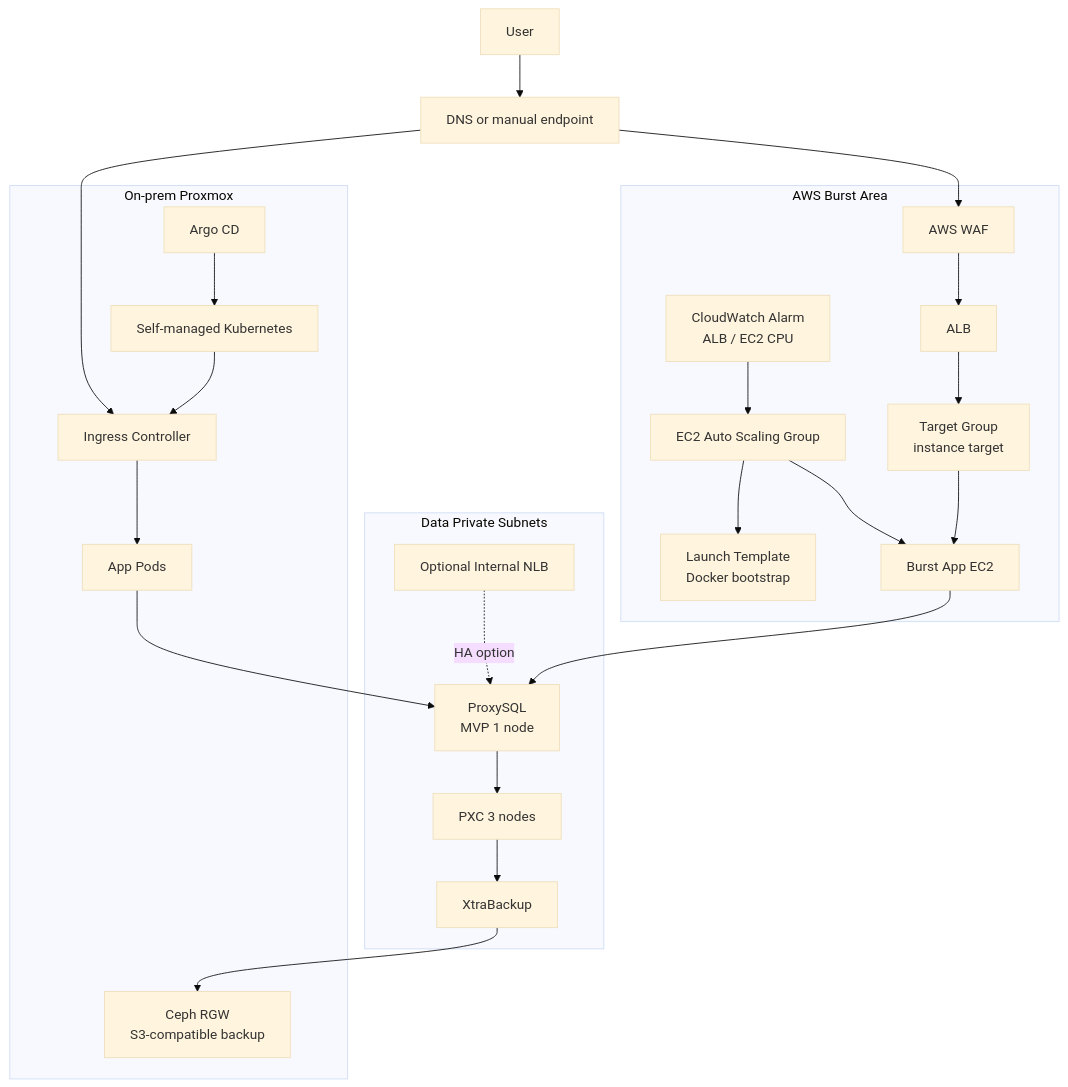
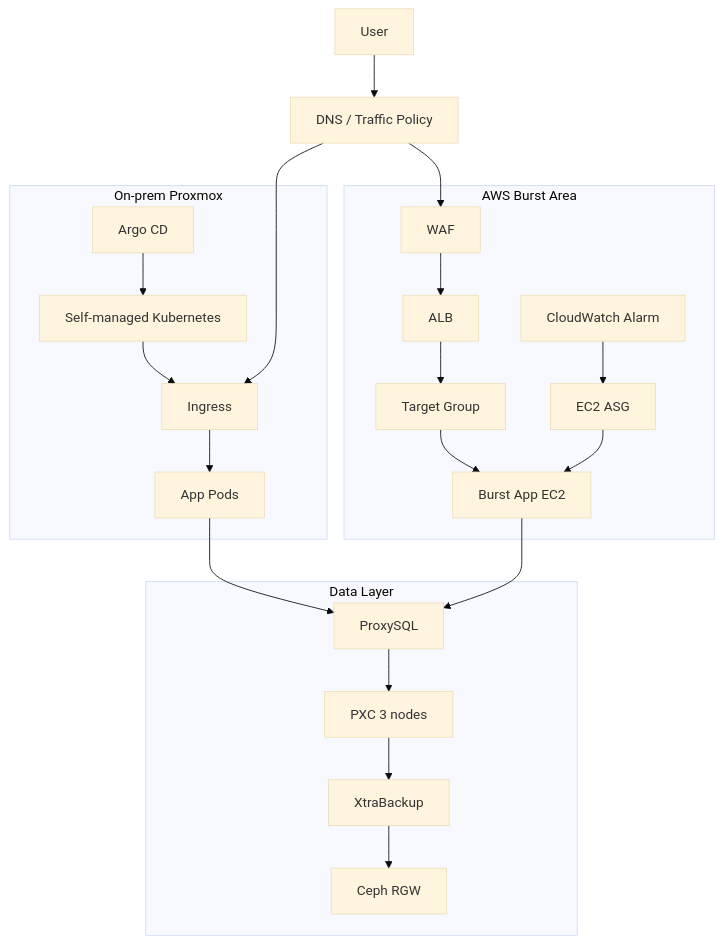
Before and after one commit to KosaCloudTeam2/infra-platform: the diagram in docs/01_architecture.md, drawn with Mermaid (base theme). The commit also changed other lines of this file and 20 other files, not shown here.

````diff
--- a/docs/01_architecture.md
+++ b/docs/01_architecture.md
@@ -137,47 +30,27 @@
 ```mermaid
 flowchart TD
-    User["User"] --> Traffic["DNS or manual endpoint"]
+    User["User"] --> Traffic["DNS / Traffic Policy"]
 
     subgraph OnPrem["On-prem Proxmox"]
         K8s["Self-managed Kubernetes"]
-        Ingress["Ingress Controller"]
+        Ingress["Ingress"]
         AppPod["App Pods"]
         Argo["Argo CD"]
-        CephRGW["Ceph RGW<br/>S3-compatible backup"]
-        Argo --> K8s
-        K8s --> Ingress
-        Ingress --> AppPod
+        Argo --> K8s --> Ingress --> AppPod
     end
 
     subgraph AWS["AWS Burst Area"]
-        WAF["AWS WAF"]
-        ALB["ALB"]
-        TG["Target Group<br/>instance target"]
-        LT["Launch Template<br/>Docker bootstrap"]
-        ASG["EC2 Auto Scaling Group"]
-        BurstEC2["Burst App EC2"]
-        CW["CloudWatch Alarm<br/>ALB / EC2 CPU"]
-        WAF --> ALB
-        ALB --> TG
-        TG --> BurstEC2
-        ASG --> LT
-        ASG --> BurstEC2
-        CW --> ASG
+        WAF["WAF"] --> ALB["ALB"] --> TG["Target Group"] --> BurstEC2["Burst App EC2"]
+        CW["CloudWatch Alarm"] --> ASG["EC2 ASG"] --> BurstEC2
     end
 
-    subgraph Data["Data Private Subnets"]
-        ProxySQL["ProxySQL<br/>MVP 1 node"]
-        ProxyNLB["Optional Internal NLB"]
-        PXC["PXC 3 nodes"]
-        Backup["XtraBackup"]
-        ProxySQL --> PXC
-        PXC --> Backup
+    subgraph Data["Data Layer"]
+        Proxy["ProxySQL"] --> PXC["PXC 3 nodes"] --> Backup["XtraBackup"]
+        Backup --> RGW["Ceph RGW"]
     end
 
     Traffic --> Ingress
     Traffic --> WAF
-    AppPod --> ProxySQL
-    BurstEC2 --> ProxySQL
-    ProxyNLB -. "HA option" .-> ProxySQL
-    Backup --> CephRGW
+    AppPod --> Proxy
+    BurstEC2 --> Proxy
 ```
````
